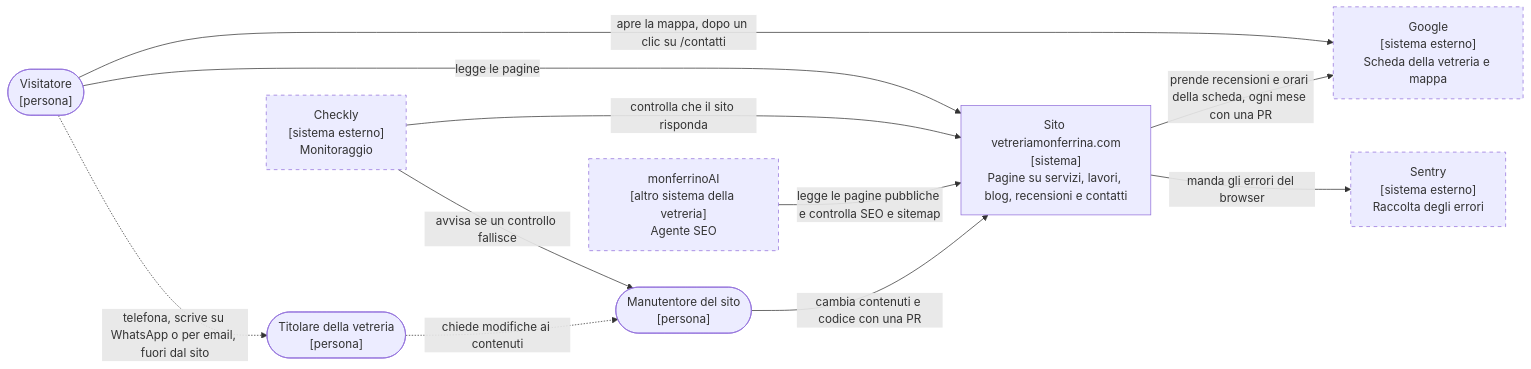
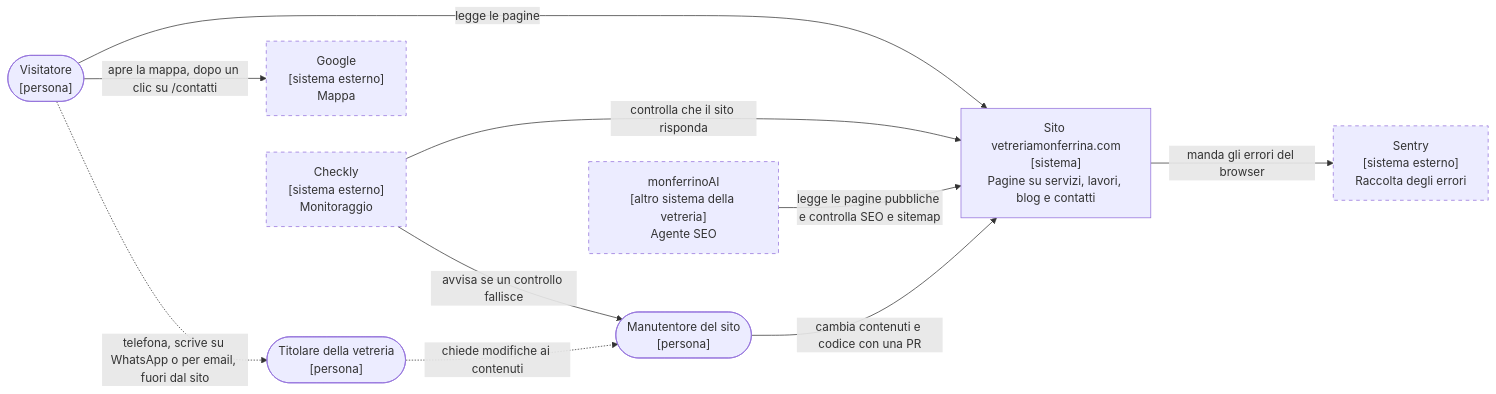
The first of 4 diagrams in docs/architettura.md (Monferrina/vetreriamonferrina.com), drawn with Mermaid before and after one commit. The commit also changed other lines of this file and 11 other files, not shown here.

First line of the commit message:
Recensioni Google via dal sito: le gestirà monferrinoAI (NR1)

````diff
--- a/docs/architettura.md
+++ b/docs/architettura.md
@@ -21,25 +21,24 @@
 ```mermaid
 flowchart LR
   visitatore(["Visitatore<br/>[persona]"])
   titolare(["Titolare della vetreria<br/>[persona]"])
   manutentore(["Manutentore del sito<br/>[persona]"])
-  sito["Sito vetreriamonferrina.com<br/>[sistema]<br/>Pagine su servizi, lavori, blog, recensioni e contatti"]
-  google["Google<br/>[sistema esterno]<br/>Scheda della vetreria e mappa"]
+  sito["Sito vetreriamonferrina.com<br/>[sistema]<br/>Pagine su servizi, lavori, blog e contatti"]
+  google["Google<br/>[sistema esterno]<br/>Mappa"]
   sentry["Sentry<br/>[sistema esterno]<br/>Raccolta degli errori"]
   checkly["Checkly<br/>[sistema esterno]<br/>Monitoraggio"]
   monferrinoai["monferrinoAI<br/>[altro sistema della vetreria]<br/>Agente SEO"]
 
   visitatore -->|"legge le pagine"| sito
   visitatore -.->|"telefona, scrive su WhatsApp o per email, fuori dal sito"| titolare
   visitatore -->|"apre la mappa, dopo un clic su /contatti"| google
-  sito -->|"prende recensioni e orari della scheda, ogni mese con una PR"| google
   sito -->|"manda gli errori del browser"| sentry
   checkly -->|"controlla che il sito risponda"| sito
   checkly -->|"avvisa se un controllo fallisce"| manutentore
   monferrinoai -->|"legge le pagine pubbliche e controlla SEO e sitemap"| sito
   titolare -.->|"chiede modifiche ai contenuti"| manutentore
   manutentore -->|"cambia contenuti e codice con una PR"| sito
 
   classDef esterno stroke-dasharray: 5 5
   class google,sentry,checkly,monferrinoai esterno
 ```
````
